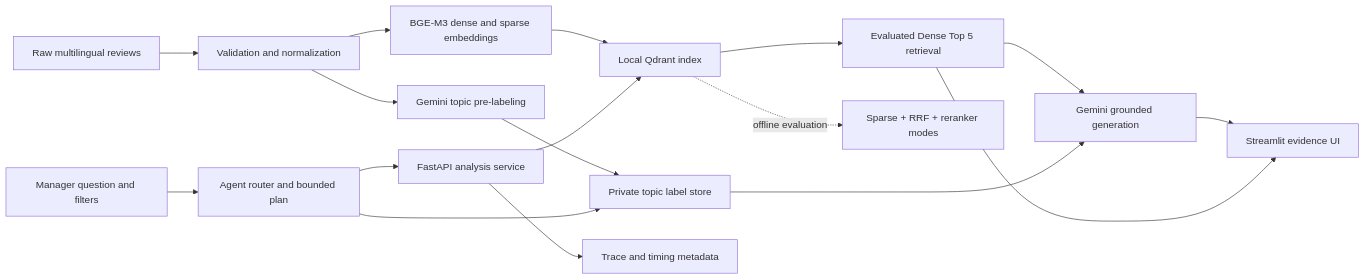
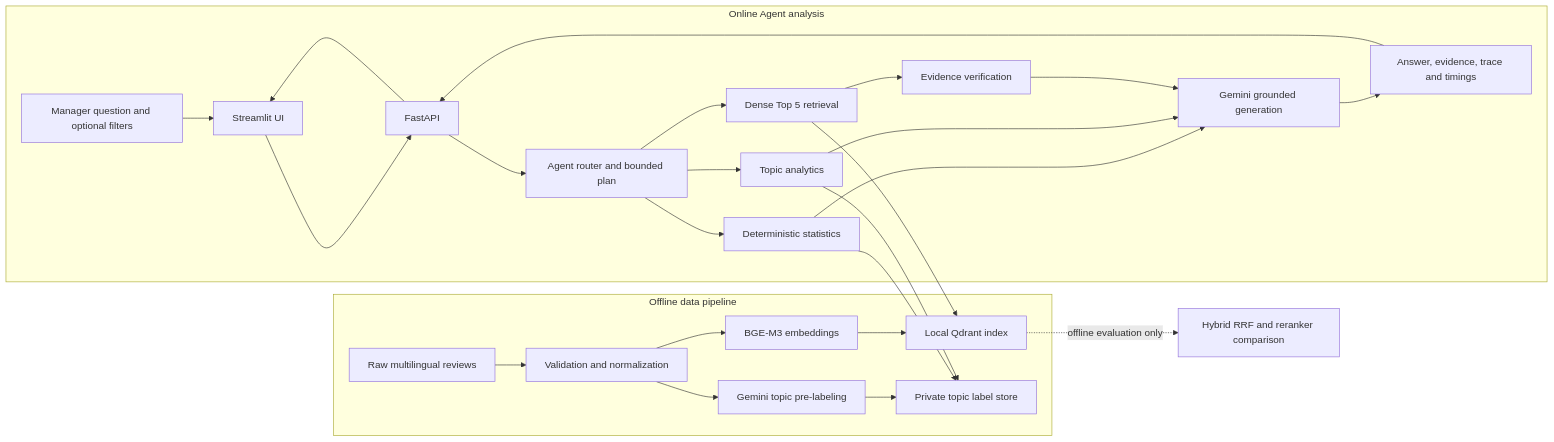
One commit to taojiangyz/Tokyo-Disneyland-review-intelligence changed the diagram in README.md. Above: the diagram before and after it, drawn with Mermaid. The commit also changed other lines of this file and 2 other files, not shown here.

Commit message:
Correct Agent architecture documentation

````diff
--- a/README.md
+++ b/README.md
@@ -30,19 +30,31 @@
 ```mermaid
 flowchart LR
-    A["Raw multilingual reviews"] --> B["Validation and normalization"]
-    B --> C["BGE-M3 dense and sparse embeddings"]
-    B --> L["Gemini topic pre-labeling"]
-    L --> TS["Private topic label store"]
-    C --> D["Local Qdrant index"]
-    U["Manager question and filters"] --> AG["Agent router and bounded plan"]
-    AG --> API["FastAPI analysis service"]
-    AG --> TS
-    API --> D
-    D --> DR["Evaluated Dense Top 5 retrieval"]
-    DR --> G["Gemini grounded generation"]
-    TS --> G
-    G --> UI["Streamlit evidence UI"]
-    DR --> UI
-    D -. "offline evaluation" .-> EXP["Sparse + RRF + reranker modes"]
-    API --> T["Trace and timing metadata"]
+    subgraph OFF["Offline data pipeline"]
+        A["Raw multilingual reviews"] --> B["Validation and normalization"]
+        B --> C["BGE-M3 embeddings"]
+        C --> D["Local Qdrant index"]
+        B --> L["Gemini topic pre-labeling"]
+        L --> TS["Private topic label store"]
+    end
+
+    subgraph ON["Online Agent analysis"]
+        U["Manager question and optional filters"] --> UI["Streamlit UI"]
+        UI --> API["FastAPI"]
+        API --> AG["Agent router and bounded plan"]
+        AG --> ST["Deterministic statistics"]
+        AG --> TP["Topic analytics"]
+        AG --> RT["Dense Top 5 retrieval"]
+        ST --> TS
+        TP --> TS
+        RT --> D
+        RT --> EV["Evidence verification"]
+        ST --> G["Gemini grounded generation"]
+        TP --> G
+        EV --> G
+        G --> R["Answer, evidence, trace and timings"]
+        R --> API
+        API --> UI
+    end
+
+    D -. "offline evaluation only" .-> EXP["Hybrid RRF and reranker comparison"]
 ```
````
